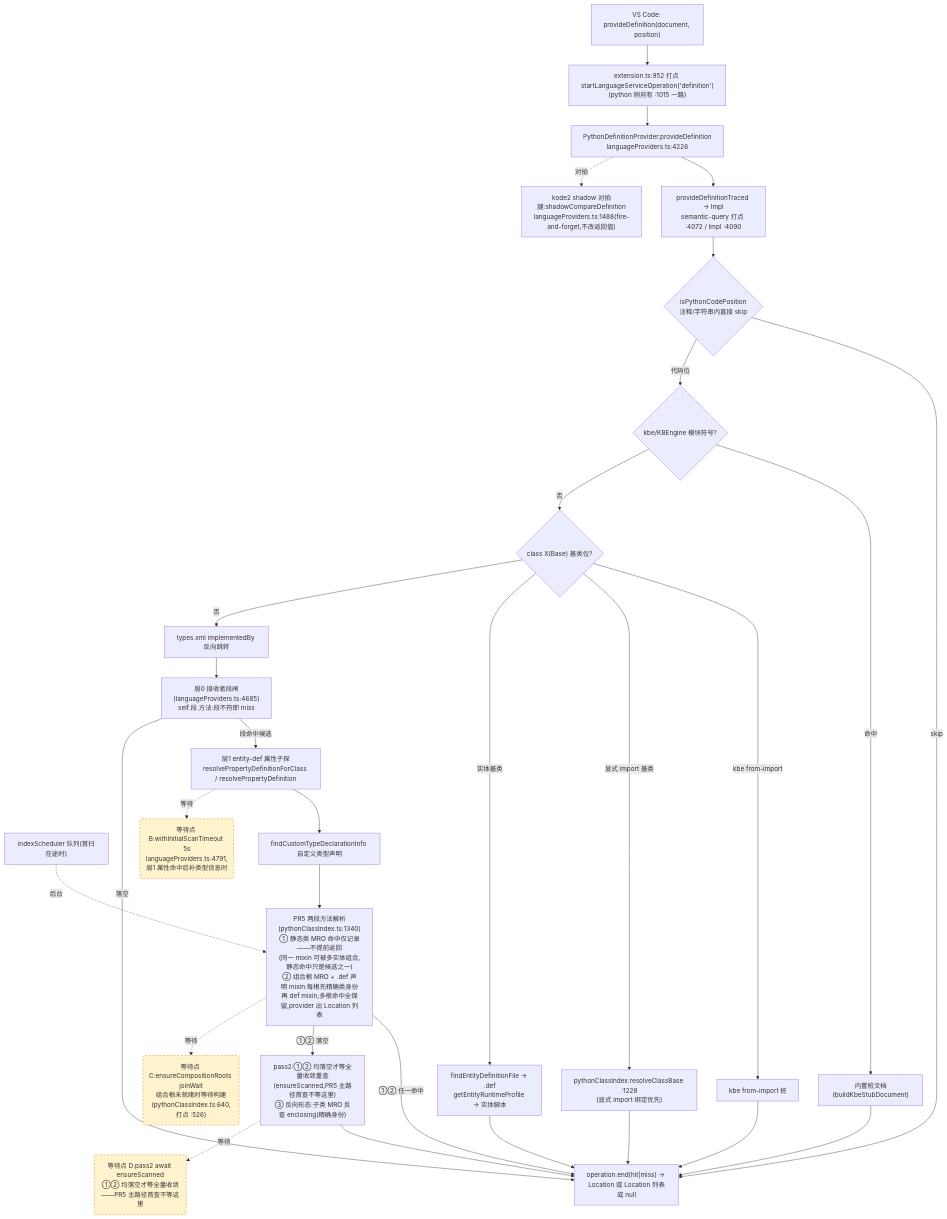
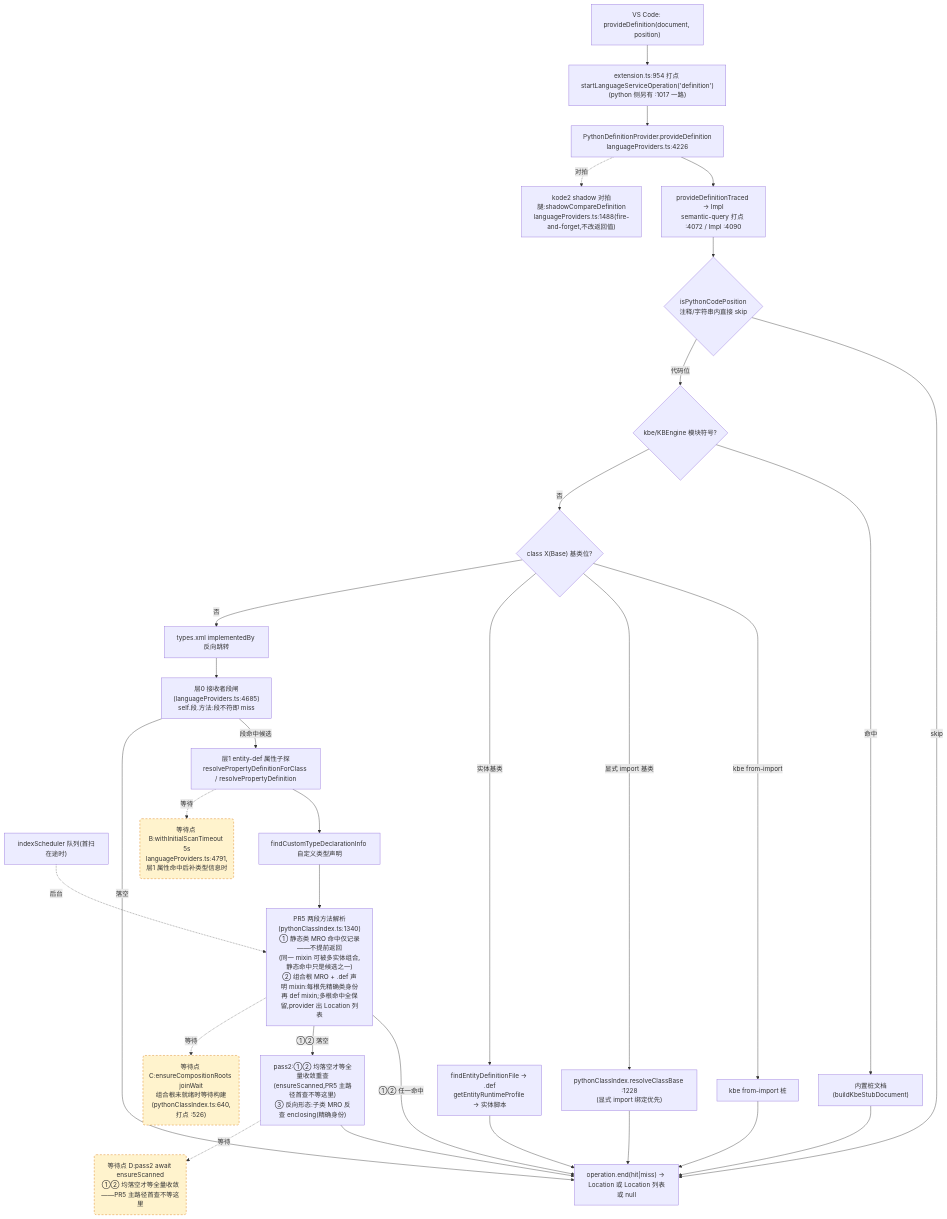
One commit to cuihairu/kode changed the second of 4 diagrams in docs/perf/2026-baseline.md. Above: the diagram before and after it, drawn with Mermaid. The commit also changed other lines of this file and 17 other files, not shown here.

````diff
--- a/docs/perf/2026-baseline.md
+++ b/docs/perf/2026-baseline.md
@@ -130,51 +130,51 @@
 ```mermaid
 flowchart TD
   VC2["VS Code: provideDefinition(document, position)"]
-  M2["extension.ts:952 打点 startLanguageServiceOperation('definition')<br/>(python 侧另有 :1015 一路)"]
+  M2["extension.ts:954 打点 startLanguageServiceOperation('definition')<br/>(python 侧另有 :1017 一路)"]
   AD2["PythonDefinitionProvider.provideDefinition<br/>languageProviders.ts:4226"]
   TR["provideDefinitionTraced → Impl<br/>semantic-query 打点 :4072 / Impl :4090"]
   CTX{"isPythonCodePosition<br/>注释/字符串内直接 skip"}
   KBE{"kbe/KBEngine 模块符号?"}
   STUB["内置桩文档(buildKbeStubDocument)"]
   CB{"class X(Base) 基类位?"}
   CB1["kbe from-import 桩"]
   CB2["pythonClassIndex.resolveClassBase :1228<br/>(显式 import 绑定优先)"]
   CB3["findEntityDefinitionFile → .def<br/>getEntityRuntimeProfile → 实体脚本"]
   REV["types.xml implementedBy 反向跳转"]
   L0["层0 接收者段闸(languageProviders.ts:4685)<br/>self.段.方法:段不符即 miss"]
   L1["层1 entity-def 属性子探<br/>resolvePropertyDefinitionForClass / resolvePropertyDefinition"]
   SCAN["indexScheduler 队列(首扫在途时)"]
   TY["findCustomTypeDeclarationInfo 自定义类型声明"]
   MRO["PR5 两段方法解析(pythonClassIndex.ts:1340)<br/>① 静态类 MRO 命中仅记录——不提前返回<br/>(同一 mixin 可被多实体组合,静态命中只是候选之一)<br/>② 组合根 MRO + .def 声明 mixin:每根先精确类身份<br/>再 def mixin;多根命中全保留,provider 出 Location 列表"]
   PASS2["pass2:①② 均落空才等全量收敛重查<br/>(ensureScanned,PR5 主路径首查不等这里)<br/>③ 反向形态:子类 MRO 反查 enclosing(精确身份)"]
   SHD["kode2 shadow 对拍腿:shadowCompareDefinition<br/>languageProviders.ts:1488(fire-and-forget,不改返回值)"]
   END2["operation.end(hit|miss) → Location 或 Location 列表或 null"]
 
   VC2 --> M2 --> AD2 --> TR --> CTX
   CTX -- "skip" --> END2
   CTX -- "代码位" --> KBE
   KBE -- "命中" --> STUB --> END2
   KBE -- "否" --> CB
   CB -- "kbe from-import" --> CB1 --> END2
   CB -- "显式 import 基类" --> CB2 --> END2
   CB -- "实体基类" --> CB3 --> END2
   CB -- "否" --> REV --> L0
   L0 -- "段命中候选" --> L1
   L0 -- "落空" --> END2
   L1 --> TY
   TY --> MRO
   MRO -- "①② 任一命中" --> END2
   MRO -- "①② 落空" --> PASS2 --> END2
   AD2 -.->|对拍| SHD
 
   WAITB("等待点 B:withInitialScanTimeout 5s<br/>languageProviders.ts:4791,层1 属性命中后补类型信息时")
   WAITC("等待点 C:ensureCompositionRoots joinWait<br/>组合根未就绪时等待构建(pythonClassIndex.ts:640,打点 :526)")
   WAITD("等待点 D:pass2 await ensureScanned<br/>①② 均落空才等全量收敛——PR5 主路径首查不等这里")
   L1 -.->|等待| WAITB
   MRO -.->|等待| WAITC
   PASS2 -.->|等待| WAITD
   SCAN -.->|后台| MRO
 
   classDef waitPoint fill:#fff3cd,stroke:#d97706,stroke-dasharray:5 4;
   class WAITB,WAITC,WAITD waitPoint;
 ```
````
